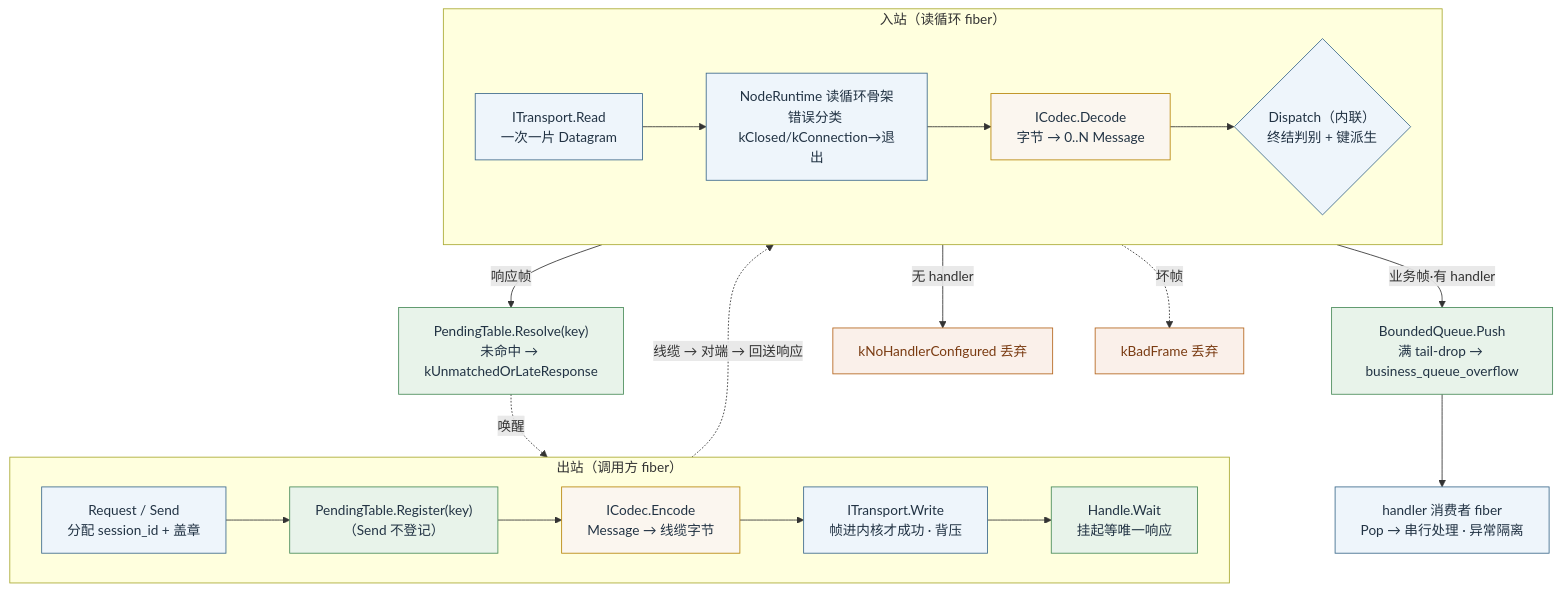
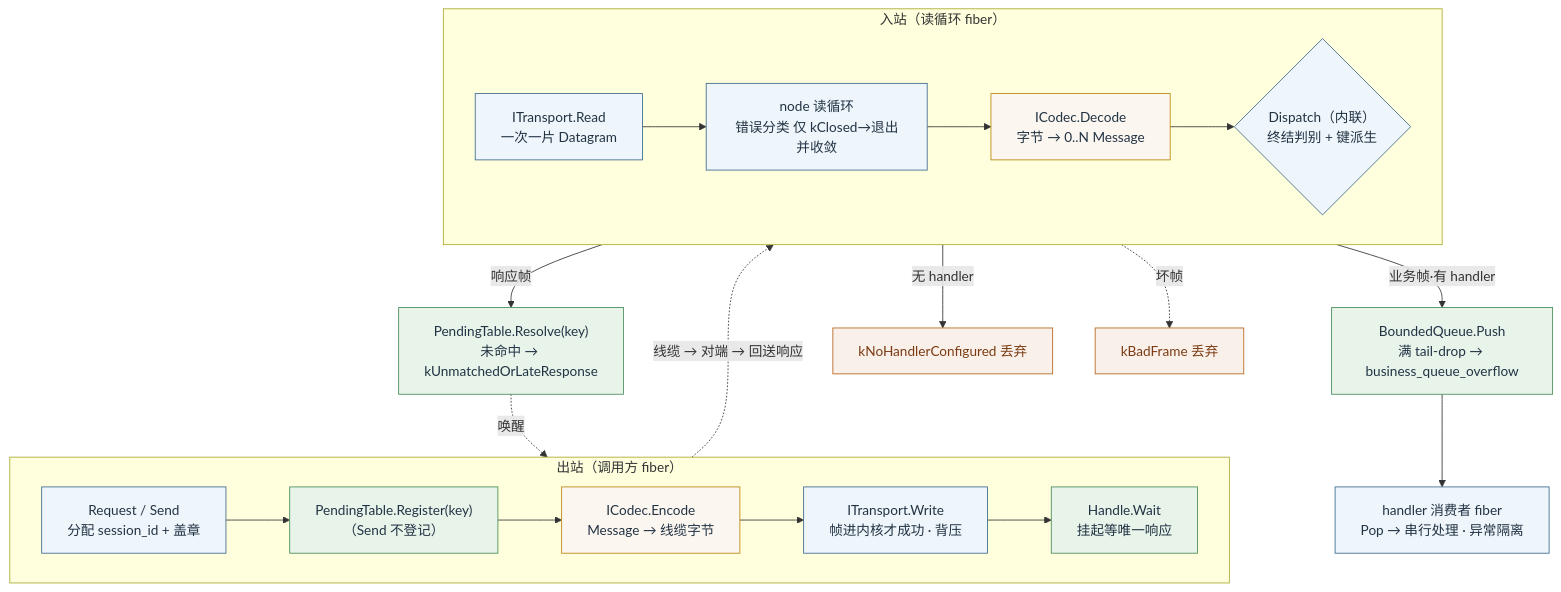
Before and after one commit to Ste7an-cs/Transport: the diagram in docs/diagrams/dataflow.mmd, drawn with Mermaid. The commit also changed 12 other files, not shown here.

First line of the commit message:
docs: NodeBase 模板方法取代 NodeRuntime + 共享完成量轻量化(ADR-0006)

```diff
--- a/docs/diagrams/dataflow.mmd
+++ b/docs/diagrams/dataflow.mmd
@@ -1,38 +1,38 @@
 flowchart TB
     subgraph OUT["出站（调用方 fiber）"]
         direction LR
         RQ["Request / Send<br/>分配 session_id + 盖章"]
         REG["PendingTable.Register(key)<br/>（Send 不登记）"]
         ENC["ICodec.Encode<br/>Message → 线缆字节"]
         WR["ITransport.Write<br/>帧进内核才成功 · 背压"]
         WT["Handle.Wait<br/>挂起等唯一响应"]
         RQ --> REG --> ENC --> WR --> WT
     end
 
     WR -. 线缆 → 对端 → 回送响应 .-> RD
 
     subgraph IN["入站（读循环 fiber）"]
         direction LR
         RD["ITransport.Read<br/>一次一片 Datagram"]
-        SK["NodeRuntime 读循环骨架<br/>错误分类 kClosed/kConnection→退出"]
+        SK["node 读循环<br/>错误分类 仅 kClosed→退出并收敛"]
         DEC["ICodec.Decode<br/>字节 → 0..N Message"]
         DSP{"Dispatch（内联）<br/>终结判别 + 键派生"}
         RD --> SK --> DEC --> DSP
     end
 
     DSP -->|响应帧| RES["PendingTable.Resolve(key)<br/>未命中 → kUnmatchedOrLateResponse"]
     DSP -->|业务帧·有 handler| BQ["BoundedQueue.Push<br/>满 tail-drop → business_queue_overflow"]
     DSP -->|无 handler| NH["kNoHandlerConfigured 丢弃"]
     BQ --> HD["handler 消费者 fiber<br/>Pop → 串行处理 · 异常隔离"]
     RES -. 唤醒 .-> WT
 
     DEC -.->|坏帧| BF["kBadFrame 丢弃"]
 
     classDef greenC fill:#e8f3ea,stroke:#4a8c5a,color:#234;
     classDef goldC fill:#fbf6ef,stroke:#b8860b,color:#234;
     classDef blueC fill:#eef5fb,stroke:#3d6a8c,color:#234;
     classDef dropC fill:#faf0ea,stroke:#b5651d,color:#7a3b12;
     class REG,WT,RES,BQ greenC;
     class ENC,DEC goldC;
     class RQ,WR,RD,SK,DSP,HD blueC;
     class NH,BF dropC;
```
